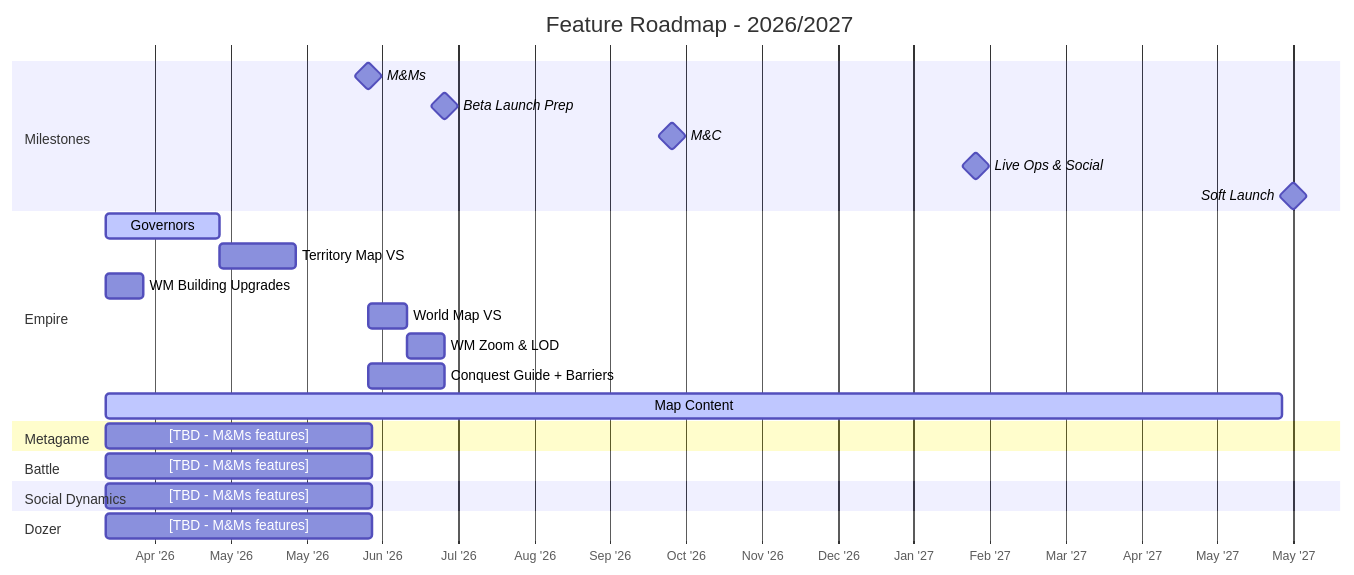
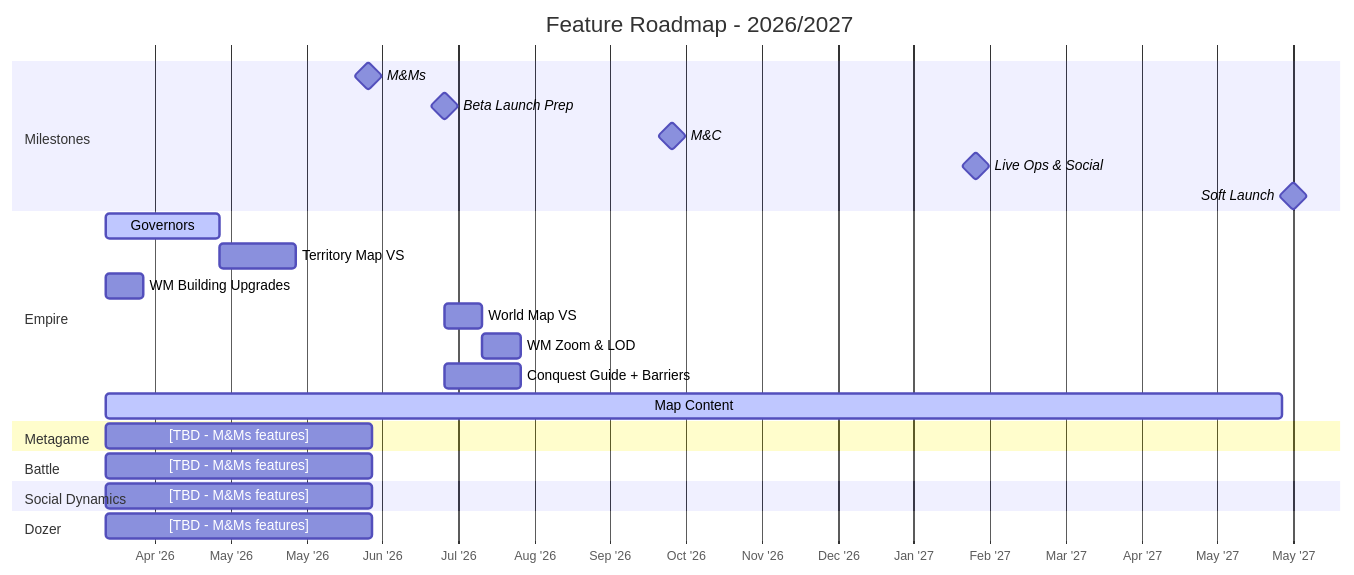
The diagram in roadmap.md (timwilliams-prod/proj-chimera-documentation-brain), drawn with Mermaid before and after one commit. The commit also changed 2 other files, not shown here.

Commit message:
updated empire plan

````diff
--- a/roadmap.md
+++ b/roadmap.md
@@ -39,35 +39,35 @@
 ```mermaid
 gantt
     title Feature Roadmap - 2026/2027
     dateFormat YYYY-MM-DD
     axisFormat %b '%y
     tickInterval 4week
 
     section Milestones
     M&Ms                      :milestone, ms1, 2026-06-23, 0d
     Beta Launch Prep          :milestone, ms2, 2026-07-21, 0d
     M&C                       :milestone, ms3, 2026-10-13, 0d
     Live Ops & Social         :milestone, ms4, 2027-02-02, 0d
     Soft Launch               :milestone, ms5, 2027-05-30, 0d
 
     section Empire
     Governors                 :active,  emp1, 2026-03-18, 42d
     Territory Map VS          :         emp2, after emp1, 28d
     WM Building Upgrades      :         emp3, 2026-03-18, 14d
-    World Map VS              :         emp4, 2026-06-23, 14d
+    World Map VS              :         emp4, 2026-07-21, 14d
     WM Zoom & LOD             :         emp5, after emp4, 14d
-    Conquest Guide + Barriers :         emp6, 2026-06-23, 28d
+    Conquest Guide + Barriers :         emp6, 2026-07-21, 28d
     Map Content               :active,  emp_content, 2026-03-18, 434d
 
     section Metagame
     [TBD - M&Ms features]    :         meta1, 2026-03-18, 98d
 
     section Battle
     [TBD - M&Ms features]    :         bat1, 2026-03-18, 98d
 
     section Social Dynamics
     [TBD - M&Ms features]    :         soc1, 2026-03-18, 98d
 
     section Dozer
     [TBD - M&Ms features]    :         doz1, 2026-03-18, 98d
 ```
````
